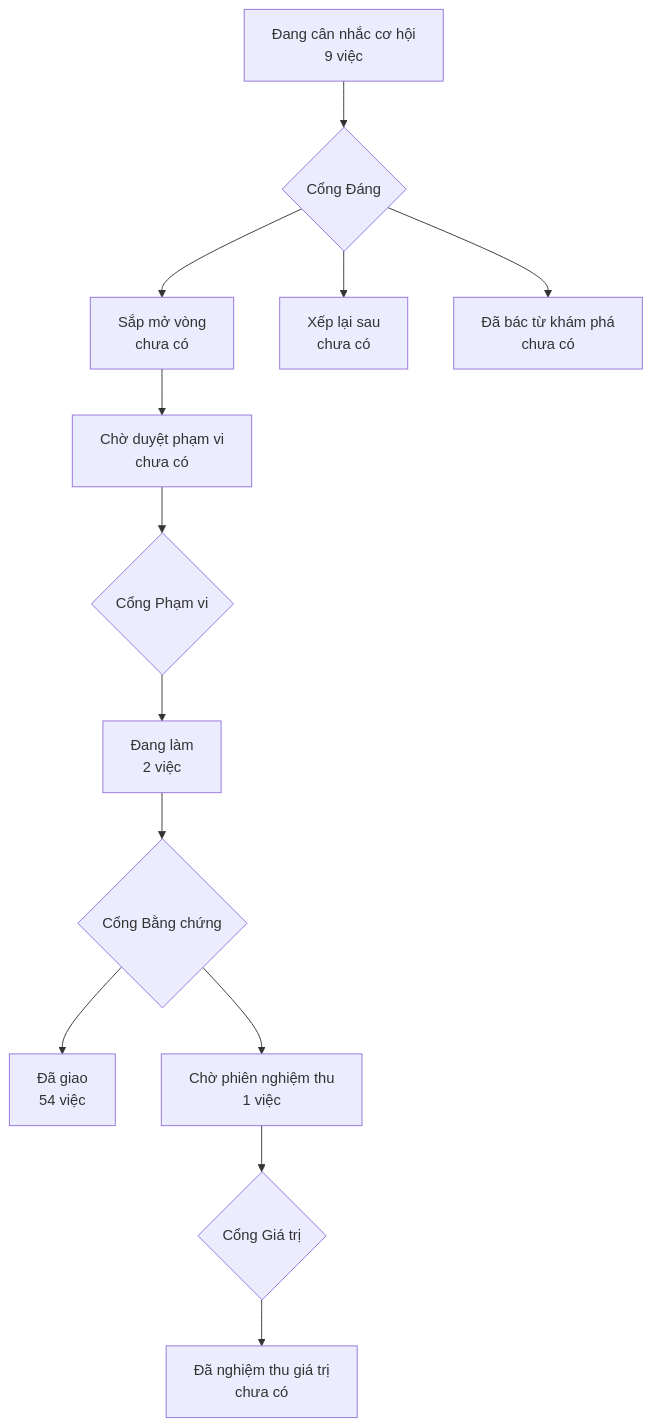
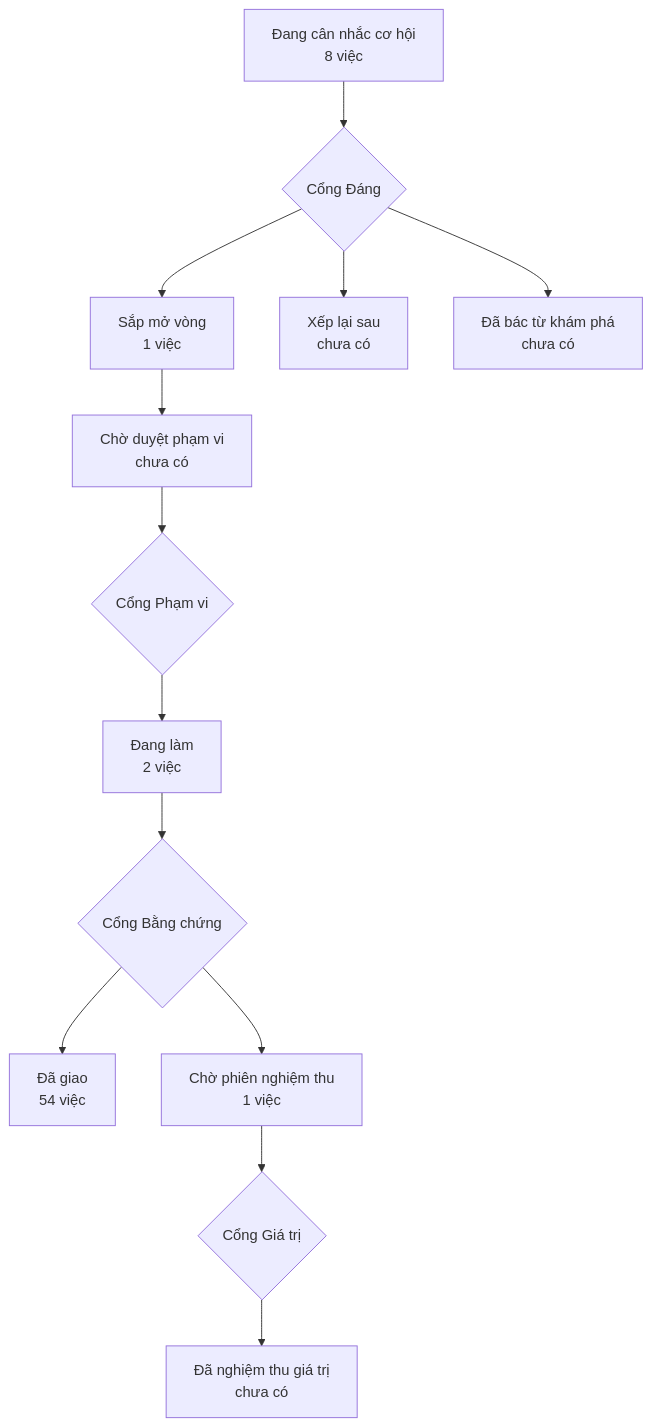
Before and after one commit to phanlemanh/acceptance-gate-kit: the diagram in PRODUCT-MAP.md, drawn with Mermaid. The commit also changed other lines of this file and 1 other file, not shown here.

Commit message:
opp(design-pass-nac-khong-dong-bo): ký Cổng Đáng — decision: build, disposition: archive, ngưỡng chốt, con trỏ bậc 1 → bản đặc tả UX, thước «làm lại cấu trúc sau Cổng Phạm vi = 0» (Manh Phan, 2026-08-22); bản đồ vẽ lại

````diff
--- a/PRODUCT-MAP.md
+++ b/PRODUCT-MAP.md
@@ -6,12 +6,12 @@
 ```mermaid
 flowchart TD
-  A["Đang cân nhắc cơ hội<br/>9 việc"] --> GD{"Cổng Đáng"}
-  GD --> B["Sắp mở vòng<br/>chưa có"]
+  A["Đang cân nhắc cơ hội<br/>8 việc"] --> GD{"Cổng Đáng"}
+  GD --> B["Sắp mở vòng<br/>1 việc"]
   GD --> XL["Xếp lại sau<br/>chưa có"]
   GD --> DB["Đã bác từ khám phá<br/>chưa có"]
   B --> CD["Chờ duyệt phạm vi<br/>chưa có"] --> GP{"Cổng Phạm vi"}
   GP --> DL["Đang làm<br/>2 việc"] --> GB{"Cổng Bằng chứng"}
   GB --> DG["Đã giao<br/>54 việc"]
   GB --> CN["Chờ phiên nghiệm thu<br/>1 việc"] --> GG{"Cổng Giá trị"}
   GG --> NT["Đã nghiệm thu giá trị<br/>chưa có"]
 ```
````
